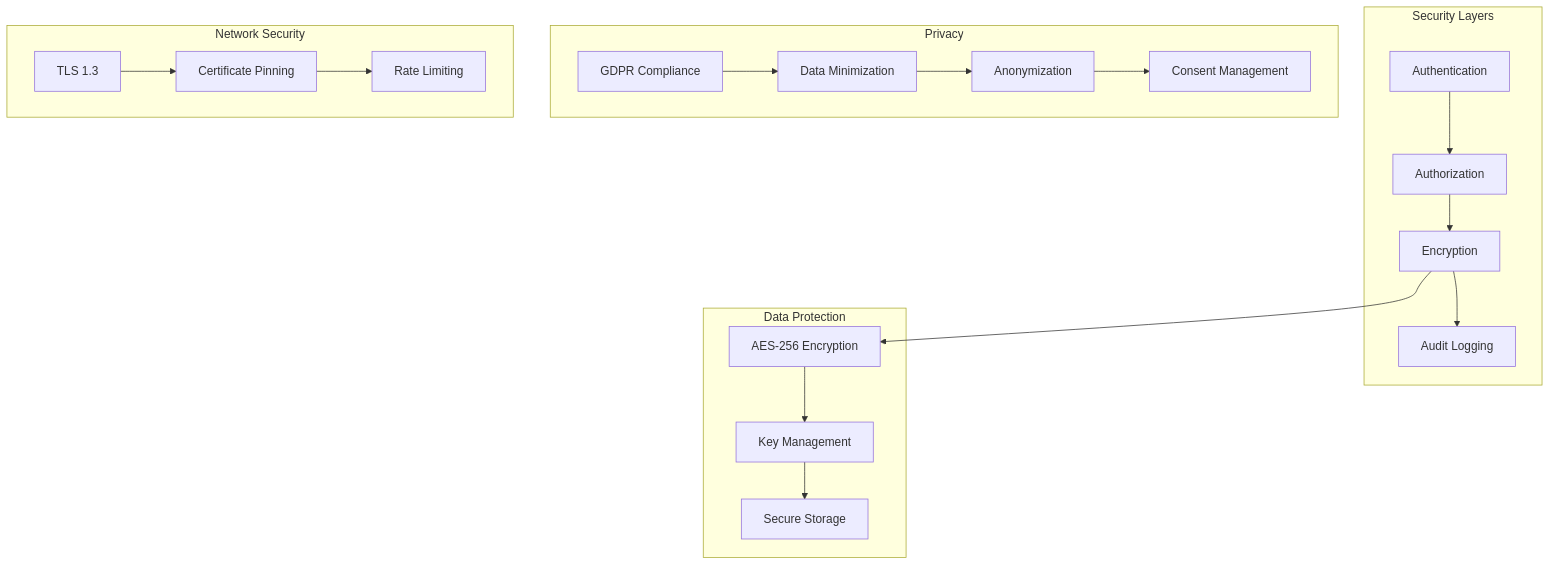
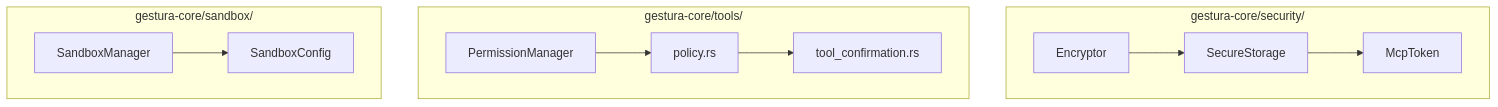
The sixth of 8 diagrams in docs/ARCHITECTURE.md (gestura-ai/gestura-app), drawn with Mermaid before and after one commit. The commit also changed other lines of this file and 67 other files, not shown here.

````diff
--- a/docs/ARCHITECTURE.md
+++ b/docs/ARCHITECTURE.md
@@ -231,43 +362,27 @@
 ```mermaid
 graph TB
-    subgraph "Security Layers"
-        AUTH[Authentication]
-        AUTHZ[Authorization]
-        ENCRYPT[Encryption]
-        AUDIT[Audit Logging]
+    subgraph "gestura-core/security/"
+        ENCRYPT[Encryptor]
+        STORAGE[SecureStorage]
+        TOKENS[McpToken]
     end
-    
-    subgraph "Data Protection"
-        AES[AES-256 Encryption]
-        KEY_MGMT[Key Management]
-        SECURE_STORE[Secure Storage]
+
+    subgraph "gestura-core/tools/"
+        PERMS[PermissionManager]
+        POLICY[policy.rs]
+        CONFIRM[tool_confirmation.rs]
     end
-    
-    subgraph "Privacy"
-        GDPR_COMP[GDPR Compliance]
-        DATA_MIN[Data Minimization]
-        ANON[Anonymization]
-        CONSENT[Consent Management]
+
+    subgraph "gestura-core/sandbox/"
+        SANDBOX[SandboxManager]
+        CONFIG[SandboxConfig]
     end
-    
-    subgraph "Network Security"
-        TLS[TLS 1.3]
-        CERT_PIN[Certificate Pinning]
-        RATE_LIMIT[Rate Limiting]
-    end
-    
-    AUTH --> AUTHZ
-    AUTHZ --> ENCRYPT
-    ENCRYPT --> AUDIT
-    
-    ENCRYPT --> AES
-    AES --> KEY_MGMT
-    KEY_MGMT --> SECURE_STORE
-    
-    GDPR_COMP --> DATA_MIN
-    DATA_MIN --> ANON
-    ANON --> CONSENT
-    
-    TLS --> CERT_PIN
-    CERT_PIN --> RATE_LIMIT
+
+    ENCRYPT --> STORAGE
+    STORAGE --> TOKENS
+
+    PERMS --> POLICY
+    POLICY --> CONFIRM
+
+    SANDBOX --> CONFIG
 ```
````
